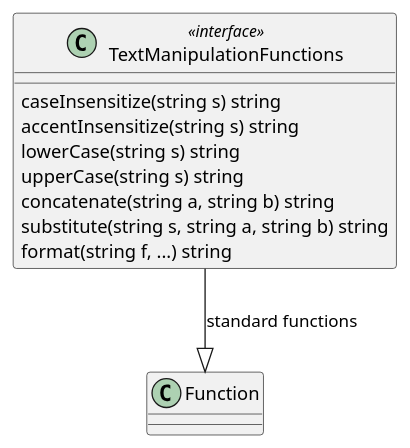
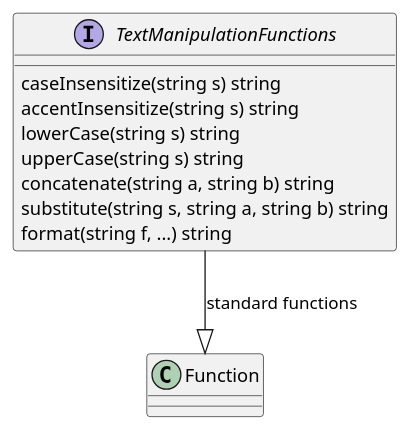
One commit to opengeospatial/styles-and-symbology changed the eighth of 10 diagrams in core/sections/clause_18_functions.adoc. Above: the diagram before and after it, drawn with PlantUML. The commit also changed other lines of this file and 8 other files, not shown here.

Commit message:
correction to plantuml naming conventions

```diff
--- a/core/sections/clause_18_functions.adoc
+++ b/core/sections/clause_18_functions.adoc
@@ -535,12 +535,12 @@
 [plantuml, target=diagram-classes, format=png]
 ....
-class TextManipulationFunctions <<interface>>
+interface TextManipulationFunctions
 TextManipulationFunctions --|> Function : standard functions
 TextManipulationFunctions : caseInsensitize(string s) string
 TextManipulationFunctions : accentInsensitize(string s) string
 TextManipulationFunctions : lowerCase(string s) string
 TextManipulationFunctions : upperCase(string s) string
 TextManipulationFunctions : concatenate(string a, string b) string
 TextManipulationFunctions : substitute(string s, string a, string b) string
 TextManipulationFunctions : format(string f, ...) string
 ....
```
